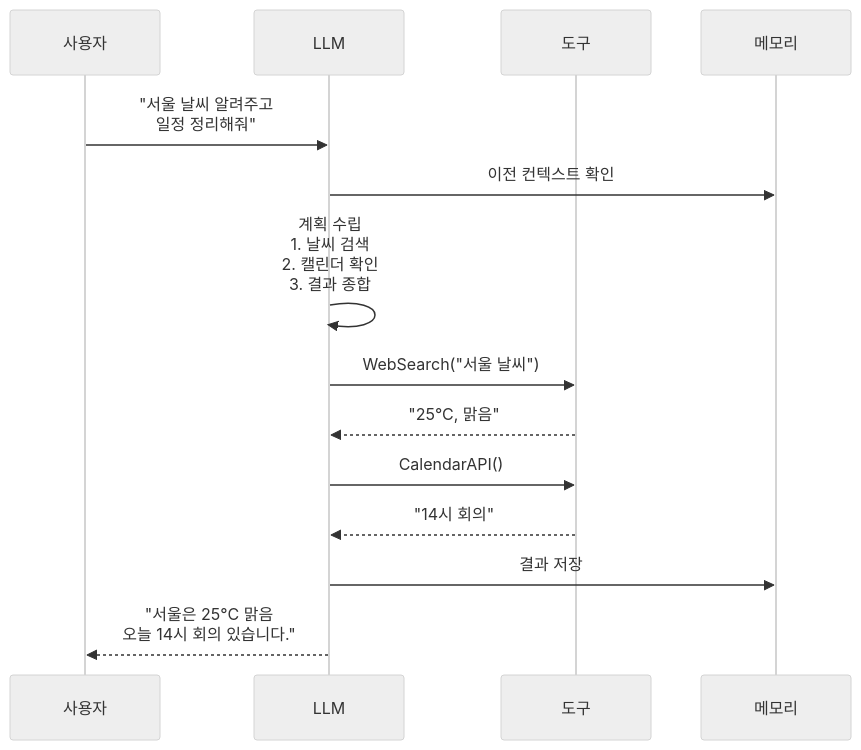
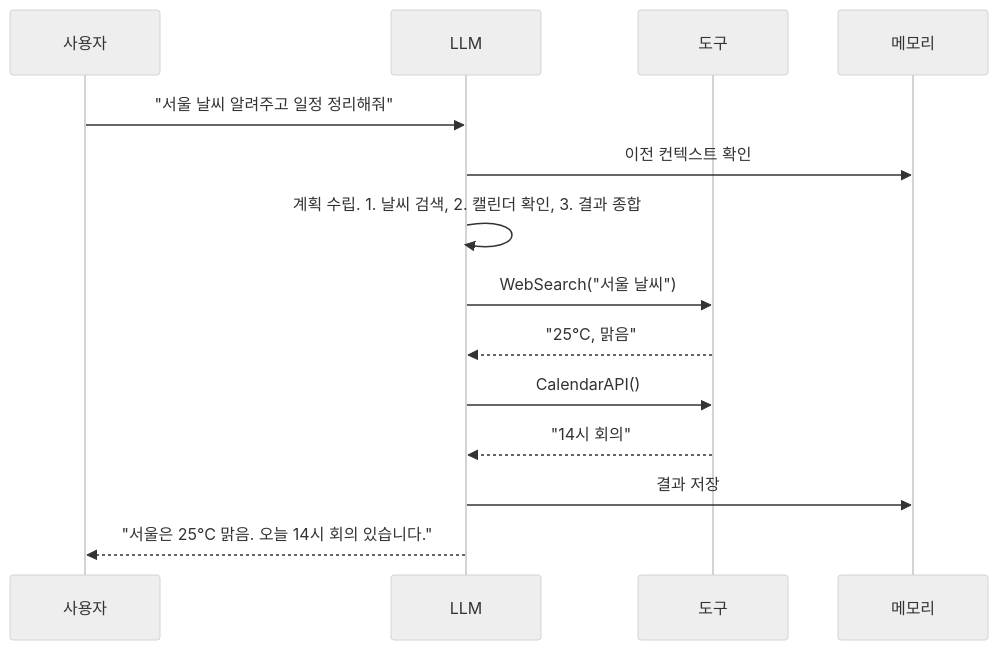
The second of 11 diagrams in ai-programming/03_딥러닝/05_Agent_MCP_Harness.md (jingu279/Document), drawn with Mermaid (neutral theme) before and after one commit. The commit also changed 8 other files, not shown here.

First line of the commit message:
Fix remaining mermaid issues: bridge references, reserved keywords, lint errors

````diff
--- a/ai-programming/03_딥러닝/05_Agent_MCP_Harness.md
+++ b/ai-programming/03_딥러닝/05_Agent_MCP_Harness.md
@@ -310,17 +310,17 @@
 ```mermaid
 sequenceDiagram
     participant User as 사용자
     participant LLM as LLM
     participant Tools as 도구
     participant Memory as 메모리
 
-    User->>LLM: "서울 날씨 알려주고<br/>일정 정리해줘"
+    User->>LLM: "서울 날씨 알려주고 일정 정리해줘"
     LLM->>Memory: 이전 컨텍스트 확인
-    LLM->>LLM: 계획 수립<br/>1. 날씨 검색<br/>2. 캘린더 확인<br/>3. 결과 종합
+    LLM->>LLM: 계획 수립. 1. 날씨 검색, 2. 캘린더 확인, 3. 결과 종합
     LLM->>Tools: WebSearch("서울 날씨")
     Tools-->>LLM: "25°C, 맑음"
     LLM->>Tools: CalendarAPI()
     Tools-->>LLM: "14시 회의"
     LLM->>Memory: 결과 저장
-    LLM-->>User: "서울은 25°C 맑음<br/>오늘 14시 회의 있습니다."
+    LLM-->>User: "서울은 25°C 맑음. 오늘 14시 회의 있습니다."
 ```
````
